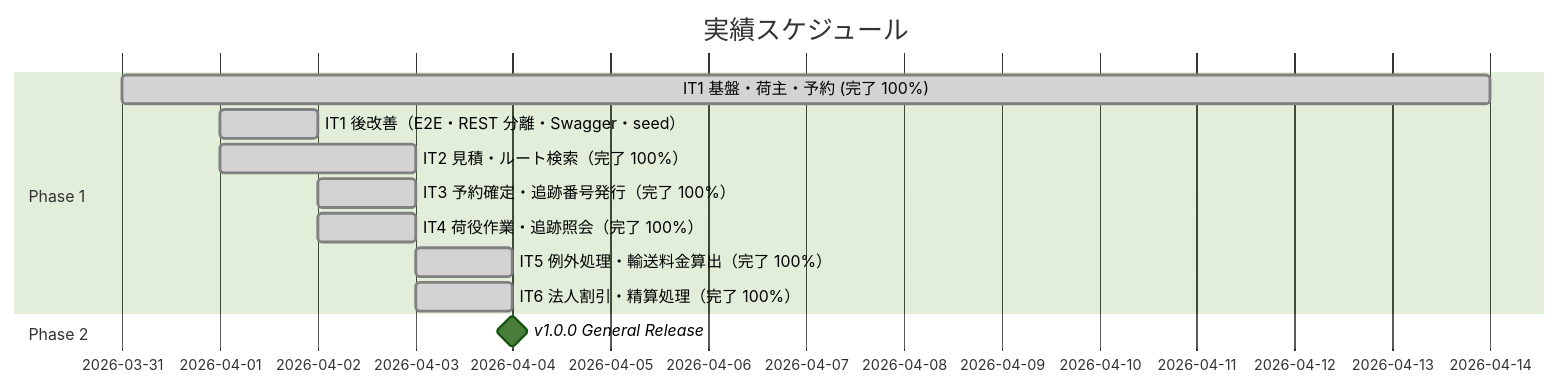
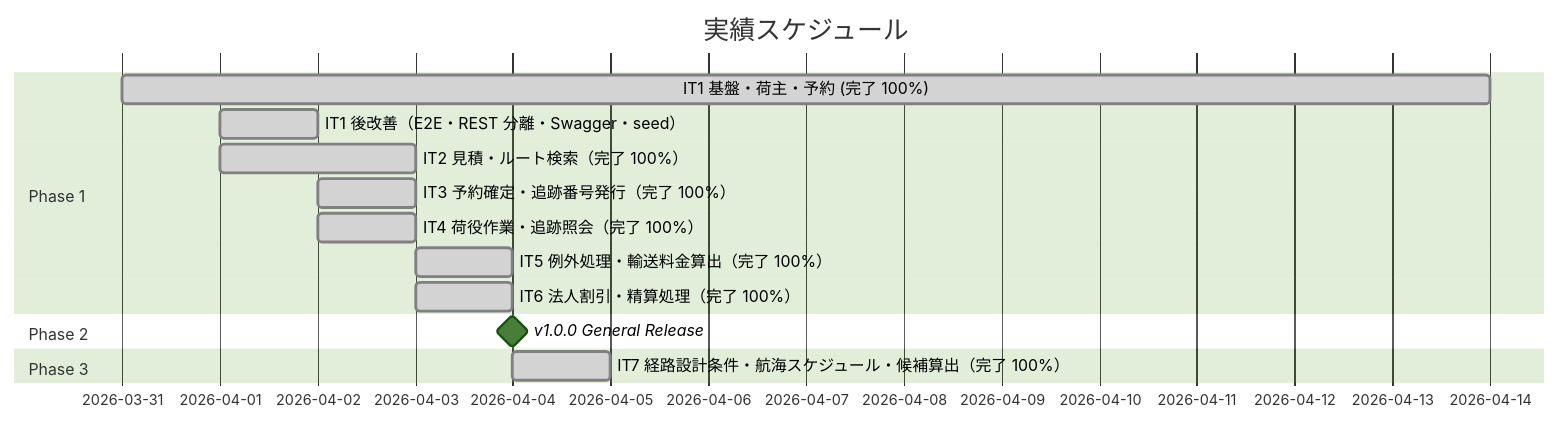
One commit to k2works/case-study-cargo-tracker changed the second of 3 diagrams in docs/development/release_plan.md. Above: the diagram before and after it, drawn with Mermaid (forest theme). The commit also changed other lines of this file and 4 other files, not shown here.

````diff
--- a/docs/development/release_plan.md
+++ b/docs/development/release_plan.md
@@ -181,15 +181,17 @@
 ```mermaid
 gantt
     title 実績スケジュール
     dateFormat  YYYY-MM-DD
     section Phase 1
     IT1 基盤・荷主・予約 (完了 100%)   :done, it1a, 2026-03-31, 14d
     IT1 後改善（E2E・REST 分離・Swagger・seed） :done, it1b, 2026-04-01, 1d
     IT2 見積・ルート検索（完了 100%）            :done, it2a, 2026-04-01, 2d
     IT3 予約確定・追跡番号発行（完了 100%）      :done, it3a, 2026-04-02, 1d
     IT4 荷役作業・追跡照会（完了 100%）              :done, it4a, 2026-04-02, 1d
     IT5 例外処理・輸送料金算出（完了 100%）          :done, it5a, 2026-04-03, 1d
     IT6 法人割引・精算処理（完了 100%）              :done, it6a, 2026-04-03, 1d
     section Phase 2
     v1.0.0 General Release                           :milestone, m2, after it6a, 0d
+    section Phase 3
+    IT7 経路設計条件・航海スケジュール・候補算出（完了 100%） :done, it7a, 2026-04-04, 1d
 ```
````
